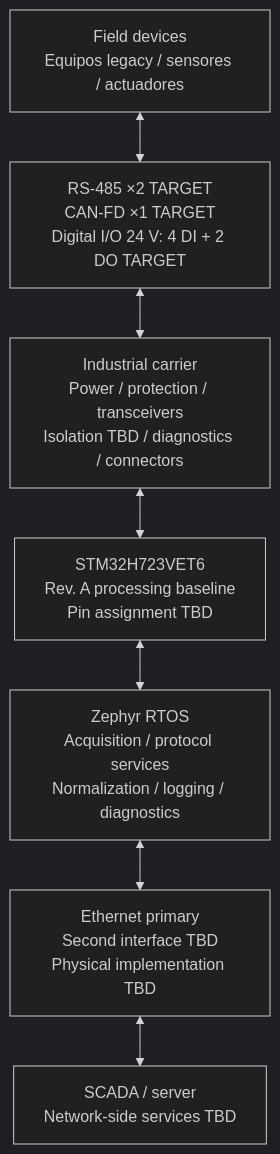
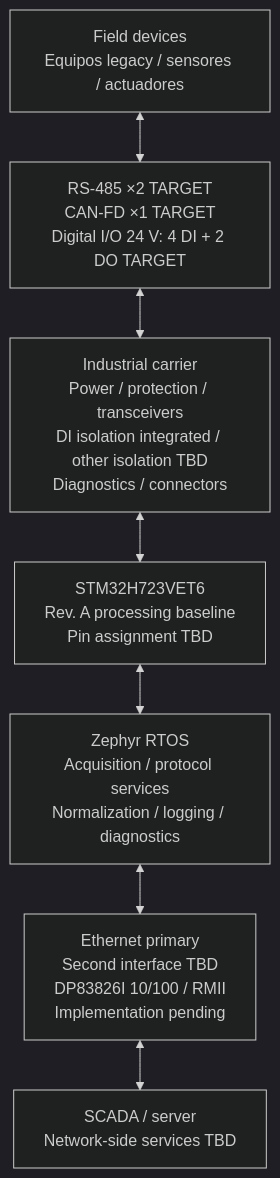
Before and after one commit to anhenaobe/industrial-comunication-gateway: the first of 3 diagrams in docs/industrial_linux_gateway_requirements.md, drawn with Mermaid (dark theme). The commit also changed other lines of this file and 4 other files, not shown here.

````diff
--- a/docs/industrial_linux_gateway_requirements.md
+++ b/docs/industrial_linux_gateway_requirements.md
@@ -212,17 +213,17 @@
 ```mermaid
 flowchart TB
     FIELD["Field devices<br/>Equipos legacy / sensores / actuadores"]
     IFACES["RS-485 ×2 TARGET<br/>CAN-FD ×1 TARGET<br/>Digital I/O 24 V: 4 DI + 2 DO TARGET"]
-    CARRIER["Industrial carrier<br/>Power / protection / transceivers<br/>Isolation TBD / diagnostics / connectors"]
+    CARRIER["Industrial carrier<br/>Power / protection / transceivers<br/>DI isolation integrated / other isolation TBD<br/>Diagnostics / connectors"]
     MCU["STM32H723VET6<br/>Rev. A processing baseline<br/>Pin assignment TBD"]
     ZEPHYR["Zephyr RTOS<br/>Acquisition / protocol services<br/>Normalization / logging / diagnostics"]
-    ETH["Ethernet primary<br/>Second interface TBD<br/>Physical implementation TBD"]
+    ETH["Ethernet primary<br/>Second interface TBD<br/>DP83826I 10/100 / RMII<br/>Implementation pending"]
     SERVER["SCADA / server<br/>Network-side services TBD"]
 
     FIELD <--> IFACES
     IFACES <--> CARRIER
     CARRIER <--> MCU
     MCU <--> ZEPHYR
     ZEPHYR <--> ETH
     ETH <--> SERVER
 ```
````
